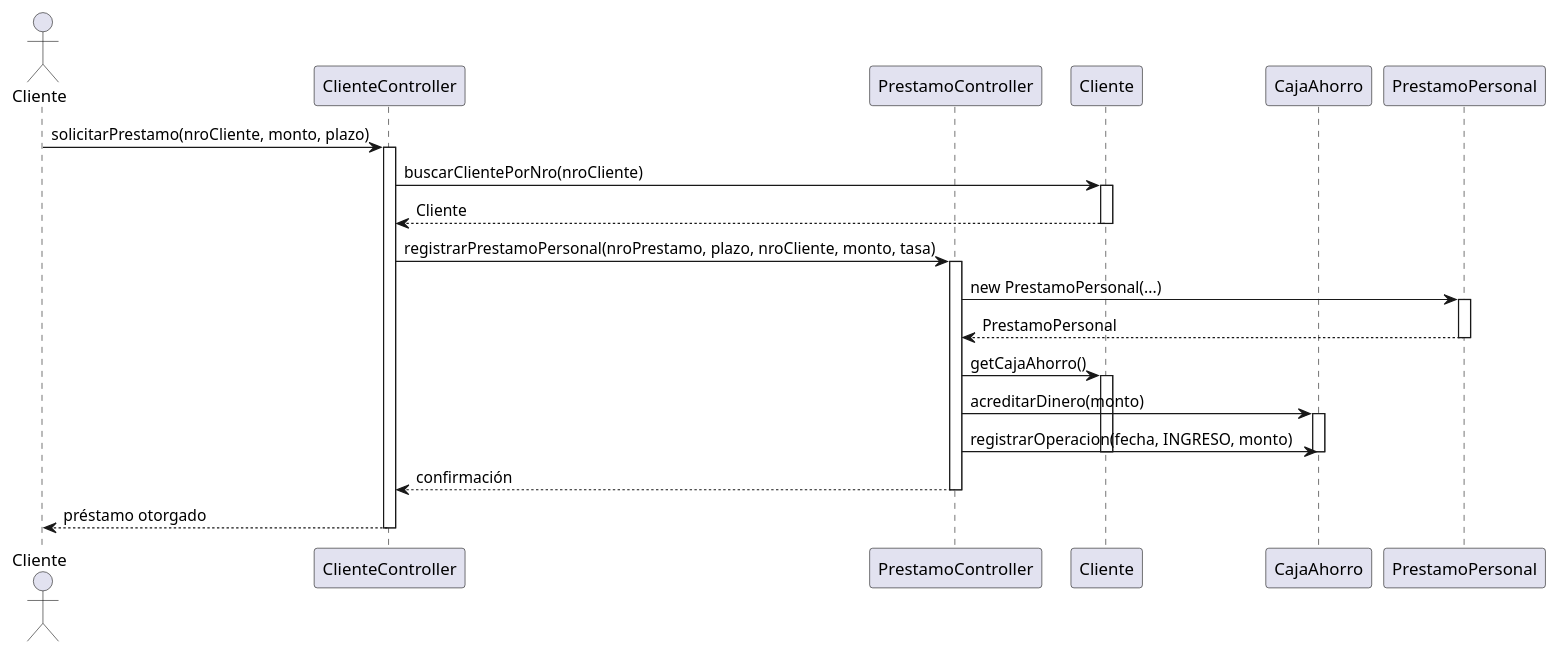
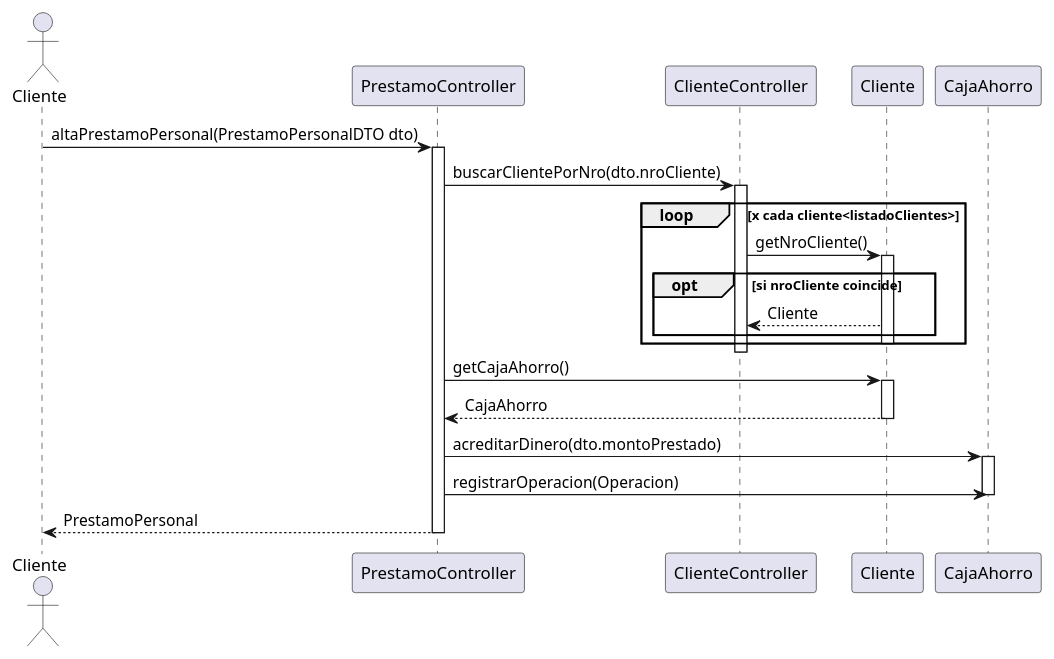
One commit to CoachEmilio/FinalAdelantadoPOO changed the diagram in src/main/java/org/uade/diagrams/SolicitarPrestamoPersonal.puml. Above: the diagram before and after it, drawn with PlantUML.

Commit message:
Finally improvement of diagram 1

```diff
--- a/src/main/java/org/uade/diagrams/SolicitarPrestamoPersonal.puml
+++ b/src/main/java/org/uade/diagrams/SolicitarPrestamoPersonal.puml
@@ -1,48 +1,37 @@
 @startuml
 actor Cliente
+participant "PrestamoController" as PC
 participant "ClienteController" as CC
-participant "PrestamoController" as PC
 participant "Cliente" as C
 participant "CajaAhorro" as CA
-participant "PrestamoPersonal" as PP
 
-' El cliente inicia la solicitud de préstamo personal
-Cliente -> CC: solicitarPrestamo(nroCliente, monto, plazo)
+Cliente -> PC: altaPrestamoPersonal(PrestamoPersonalDTO dto)
+activate PC
+
+PC -> CC: buscarClientePorNro(dto.nroCliente)
 activate CC
 
-' El controller busca el cliente por su número
-CC -> C: buscarClientePorNro(nroCliente)
+loop x cada cliente<listadoClientes>
+    CC -> C: getNroCliente()
+    activate C
+    opt si nroCliente coincide
+        CC <-- C: Cliente
+    end
+    deactivate C
+end
+deactivate CC
+
+PC -> C: getCajaAhorro()
 activate C
-CC <-- C: Cliente
+C --> PC: CajaAhorro
 deactivate C
 
-' El controller delega la creación del préstamo personal
-CC -> PC: registrarPrestamoPersonal(nroPrestamo, plazo, nroCliente, monto, tasa)
-activate PC
-
-' Se crea la instancia concreta de PrestamoPersonal
-PC -> PP: new PrestamoPersonal(...)
-activate PP
-PC <-- PP: PrestamoPersonal
-deactivate PP
-
-' Se acredita el dinero en la caja de ahorro del cliente
-PC -> C: getCajaAhorro()
-activate C
-PC -> CA: acreditarDinero(monto)
+PC -> CA: acreditarDinero(dto.montoPrestado)
 activate CA
 
-' Se registra la operación de ingreso en la caja de ahorro
-PC -> CA: registrarOperacion(fecha, INGRESO, monto)
+PC -> CA: registrarOperacion(Operacion)
 deactivate CA
-deactivate C
 
-' Se confirma la operación al controller
-PC --> CC: confirmación
+PC --> Cliente: PrestamoPersonal
 deactivate PC
-
-' El controller informa al cliente que el préstamo fue otorgado
-CC --> Cliente: préstamo otorgado
-deactivate CC
-
 @enduml
```
